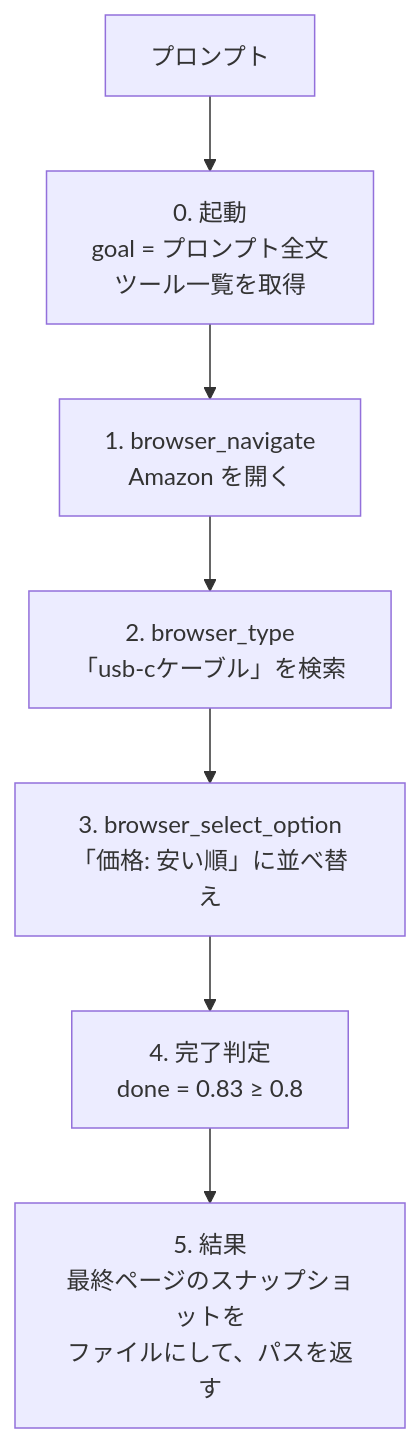
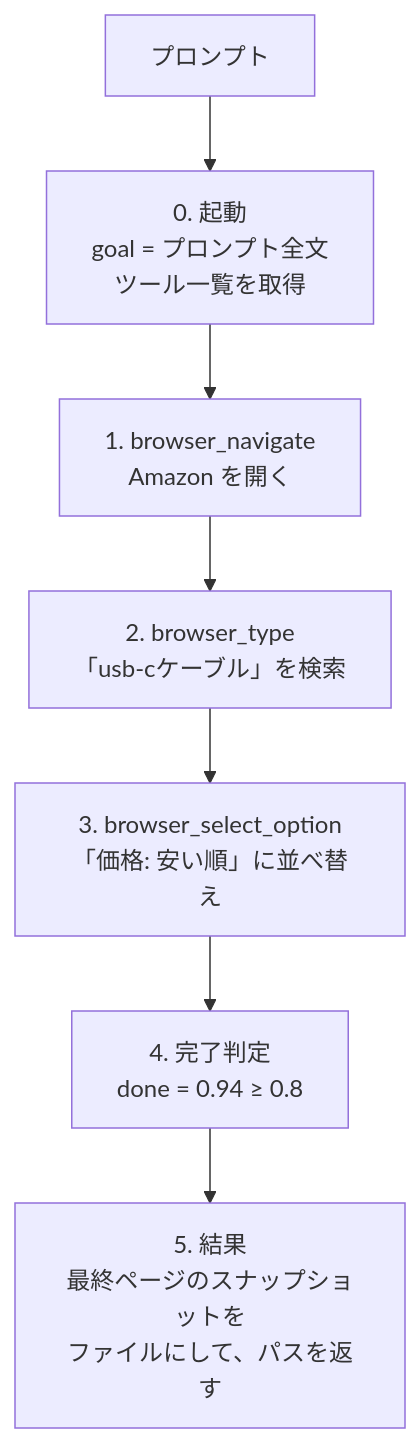
Before and after one commit to aRaikoFunakami/typesafe-auto-browsing: the diagram in docs/walkthrough-amazon-usbc.md, drawn with Mermaid. The commit also changed other lines of this file and 9 other files, not shown here.

````diff
--- a/docs/walkthrough-amazon-usbc.md
+++ b/docs/walkthrough-amazon-usbc.md
@@ -16,9 +17,9 @@
 ```mermaid
 flowchart TB
     P["プロンプト"] --> S0["0. 起動<br/>goal = プロンプト全文<br/>ツール一覧を取得"]
     S0 --> S1["1. browser_navigate<br/>Amazon を開く"]
     S1 --> S2["2. browser_type<br/>「usb-cケーブル」を検索"]
     S2 --> S3["3. browser_select_option<br/>「価格: 安い順」に並べ替え"]
-    S3 --> S4["4. 完了判定<br/>done = 0.83 ≥ 0.8"]
+    S3 --> S4["4. 完了判定<br/>done = 0.94 ≥ 0.8"]
     S4 --> A["5. 結果<br/>最終ページのスナップショットを<br/>ファイルにして、パスを返す"]
 ```
````
